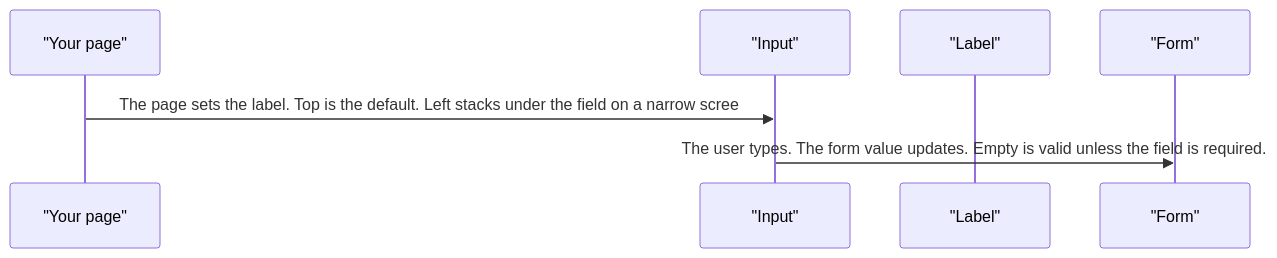
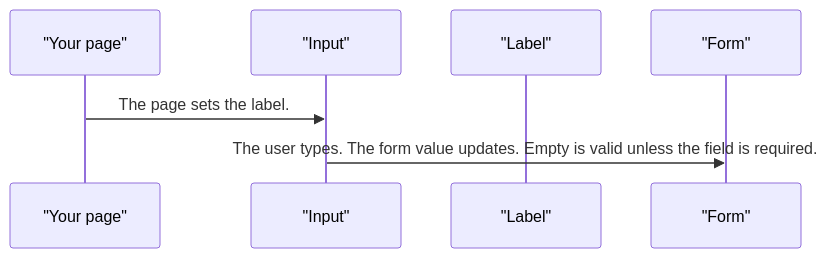
One commit to RajshekharBorate/pixel-ui changed the second of 5 diagrams in projects/pixel-ui/src/lib/pixel-input/DESIGN.md. Above: the diagram before and after it, drawn with Mermaid. The commit also changed other lines of this file and 80 other files, not shown here.

Commit message:
Fill missing design flows and correct the stories that did not match component behavior.

````diff
--- a/projects/pixel-ui/src/lib/pixel-input/DESIGN.md
+++ b/projects/pixel-ui/src/lib/pixel-input/DESIGN.md
@@ -57,9 +63,9 @@
 ```mermaid
 sequenceDiagram
   participant page as "Your page"
   participant input as "Input"
   participant label as "Label"
   participant form as "Form"
-  page->>input: The page sets the label. Top is the default. Left stacks under the field on a narrow scree
+  page->>input: The page sets the label.
   input->>form: The user types. The form value updates. Empty is valid unless the field is required.
 ```
````
